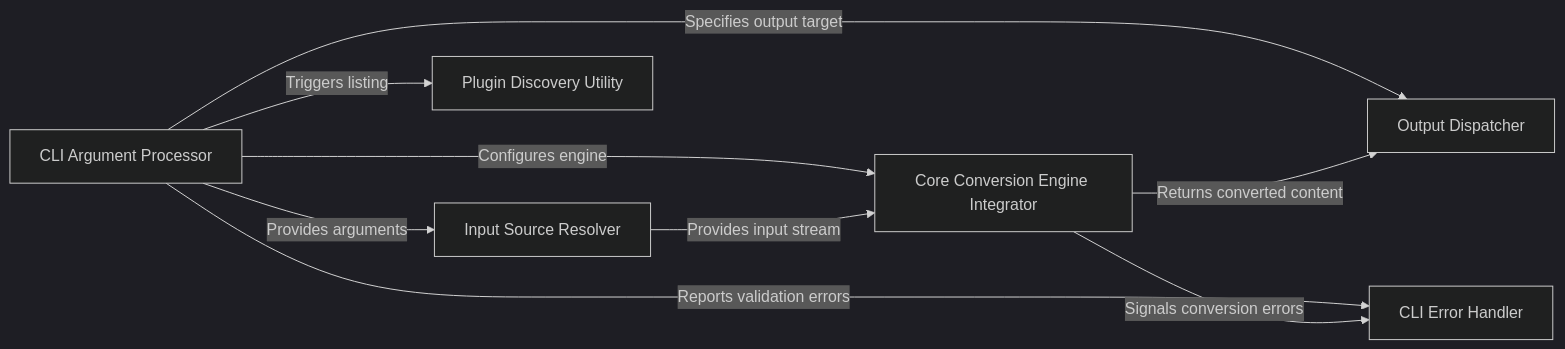
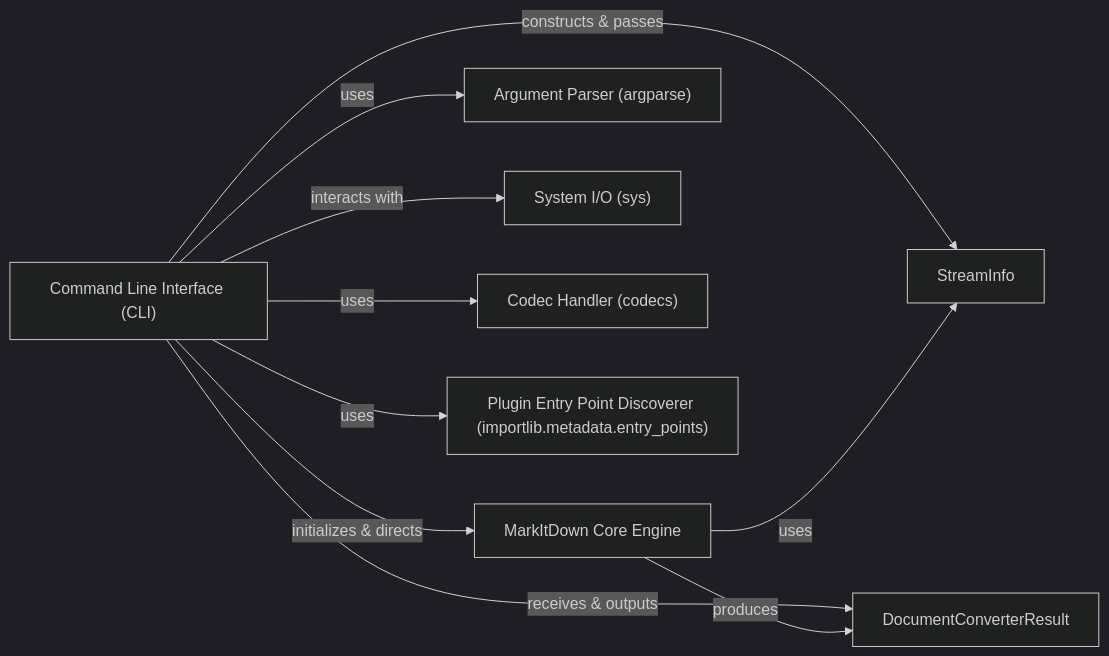
One commit to CodeBoarding/GeneratedOnBoardings changed the diagram in markitdown/Command_Line_Interface_CLI_.md. Above: the diagram before and after it, drawn with Mermaid (dark theme). The commit also changed other lines of this file and 33 other files, not shown here.

````diff
--- a/markitdown/Command_Line_Interface_CLI_.md
+++ b/markitdown/Command_Line_Interface_CLI_.md
@@ -1,20 +1,22 @@
 ```mermaid
 graph LR
-    CLI_Argument_Processor["CLI Argument Processor"]
-    Input_Source_Resolver["Input Source Resolver"]
-    Core_Conversion_Engine_Integrator["Core Conversion Engine Integrator"]
-    Output_Dispatcher["Output Dispatcher"]
-    CLI_Error_Handler["CLI Error Handler"]
-    Plugin_Discovery_Utility["Plugin Discovery Utility"]
-    CLI_Argument_Processor -- "Provides arguments" --> Input_Source_Resolver
-    CLI_Argument_Processor -- "Configures engine" --> Core_Conversion_Engine_Integrator
-    CLI_Argument_Processor -- "Specifies output target" --> Output_Dispatcher
-    CLI_Argument_Processor -- "Reports validation errors" --> CLI_Error_Handler
-    CLI_Argument_Processor -- "Triggers listing" --> Plugin_Discovery_Utility
-    Input_Source_Resolver -- "Provides input stream" --> Core_Conversion_Engine_Integrator
-    Core_Conversion_Engine_Integrator -- "Returns converted content" --> Output_Dispatcher
-    Core_Conversion_Engine_Integrator -- "Signals conversion errors" --> CLI_Error_Handler
-    click CLI_Argument_Processor href "https://github.com/CodeBoarding/GeneratedOnBoardings/blob/main//markitdown/CLI_Argument_Processor.md" "Details"
-    click Input_Source_Resolver href "https://github.com/CodeBoarding/GeneratedOnBoardings/blob/main//markitdown/Input_Source_Resolver.md" "Details"
-    click CLI_Error_Handler href "https://github.com/CodeBoarding/GeneratedOnBoardings/blob/main//markitdown/CLI_Error_Handler.md" "Details"
+    Command_Line_Interface_CLI_["Command Line Interface (CLI)"]
+    MarkItDown_Core_Engine["MarkItDown Core Engine"]
+    StreamInfo["StreamInfo"]
+    DocumentConverterResult["DocumentConverterResult"]
+    Argument_Parser_argparse_["Argument Parser (argparse)"]
+    System_I_O_sys_["System I/O (sys)"]
+    Codec_Handler_codecs_["Codec Handler (codecs)"]
+    Plugin_Entry_Point_Discoverer_importlib_metadata_entry_points_["Plugin Entry Point Discoverer (importlib.metadata.entry_points)"]
+    Command_Line_Interface_CLI_ -- "initializes & directs" --> MarkItDown_Core_Engine
+    Command_Line_Interface_CLI_ -- "constructs & passes" --> StreamInfo
+    Command_Line_Interface_CLI_ -- "receives & outputs" --> DocumentConverterResult
+    Command_Line_Interface_CLI_ -- "uses" --> Argument_Parser_argparse_
+    Command_Line_Interface_CLI_ -- "interacts with" --> System_I_O_sys_
+    Command_Line_Interface_CLI_ -- "uses" --> Codec_Handler_codecs_
+    Command_Line_Interface_CLI_ -- "uses" --> Plugin_Entry_Point_Discoverer_importlib_metadata_entry_points_
+    MarkItDown_Core_Engine -- "uses" --> StreamInfo
+    MarkItDown_Core_Engine -- "produces" --> DocumentConverterResult
+    click Command_Line_Interface_CLI_ href "https://github.com/CodeBoarding/GeneratedOnBoardings/blob/main//markitdown/Command_Line_Interface_CLI_.md" "Details"
+    click MarkItDown_Core_Engine href "https://github.com/CodeBoarding/GeneratedOnBoardings/blob/main//markitdown/MarkItDown_Core_Engine.md" "Details"
 ```
````
